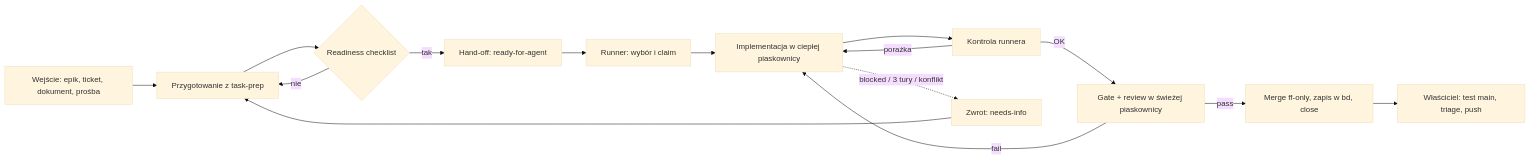
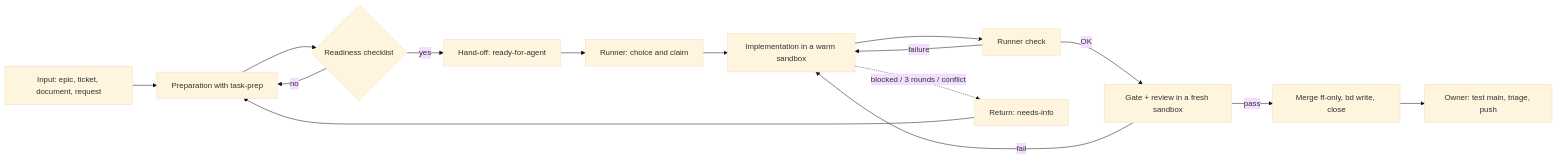
Before and after one commit to pioziol123/ofertorix-rekrutus: the first of 4 diagrams in docs/proces-implementacji.md, drawn with Mermaid (base theme). The commit also changed other lines of this file and 126 other files, not shown here.

````diff
--- a/docs/proces-implementacji.md
+++ b/docs/proces-implementacji.md
@@ -94,17 +94,17 @@
 ```mermaid
 flowchart LR
-  A[Wejście: epik, ticket, dokument, prośba] --> B[Przygotowanie z task-prep]
+  A[Input: epic, ticket, document, request] --> B[Preparation with task-prep]
   B --> C{Readiness checklist}
-  C -- nie --> B
-  C -- tak --> D[Hand-off: ready-for-agent]
-  D --> E[Runner: wybór i claim]
-  E --> F[Implementacja w ciepłej piaskownicy]
-  F --> G[Kontrola runnera]
-  G -- porażka --> F
-  G -- OK --> H[Gate + review w świeżej piaskownicy]
+  C -- no --> B
+  C -- yes --> D[Hand-off: ready-for-agent]
+  D --> E[Runner: choice and claim]
+  E --> F[Implementation in a warm sandbox]
+  F --> G[Runner check]
+  G -- failure --> F
+  G -- OK --> H[Gate + review in a fresh sandbox]
   H -- fail --> F
-  H -- pass --> I[Merge ff-only, zapis w bd, close]
-  F -. blocked / 3 tury / konflikt .-> J[Zwrot: needs-info]
+  H -- pass --> I[Merge ff-only, bd write, close]
+  F -. blocked / 3 rounds / conflict .-> J[Return: needs-info]
   J --> B
-  I --> K[Właściciel: test main, triage, push]
+  I --> K[Owner: test main, triage, push]
 ```
````
